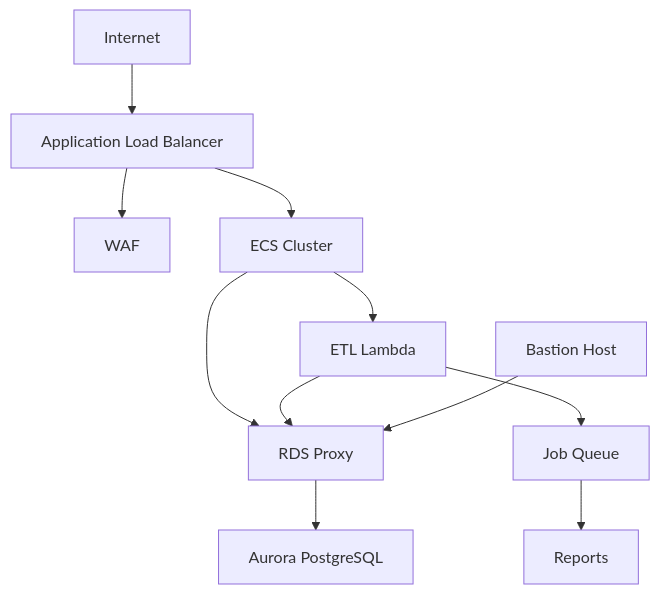
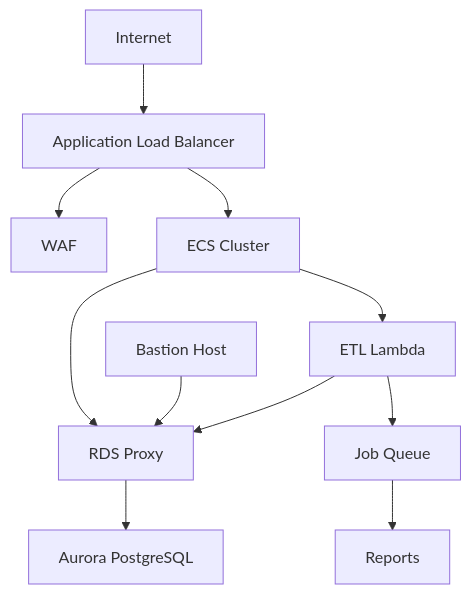
One commit to malfarom29/capstone-rh changed the diagram in README.md. Above: the diagram before and after it, drawn with Mermaid. The commit also changed other lines of this file, not shown here.

````diff
--- a/README.md
+++ b/README.md
@@ -150,13 +143,13 @@
 ```mermaid
 graph TD
     Internet[Internet] --> ALB[Application Load Balancer]
     ALB --> WAF[WAF]
     ALB --> ECS[ECS Cluster]
     ECS --> RDSProxy[RDS Proxy]
     ECS --> Lambda[ETL Lambda]
-    Lambda --> SQS[Job Queue]
     Lambda --> RDSProxy
     SQS --> S3[Reports]
     RDSProxy --> Aurora[Aurora PostgreSQL]
     Bastion[Bastion Host] --> RDSProxy
+    Lambda --> SQS[Job Queue]
 ```
````
